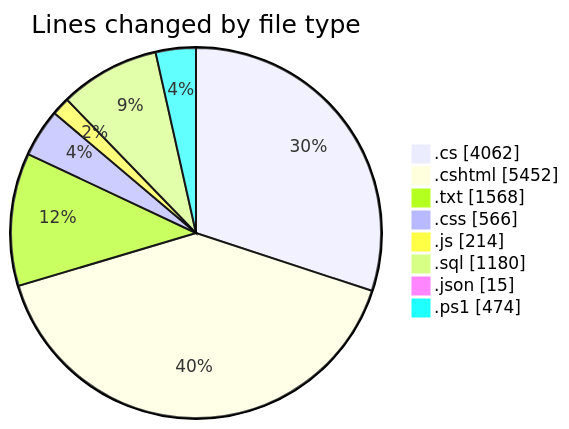
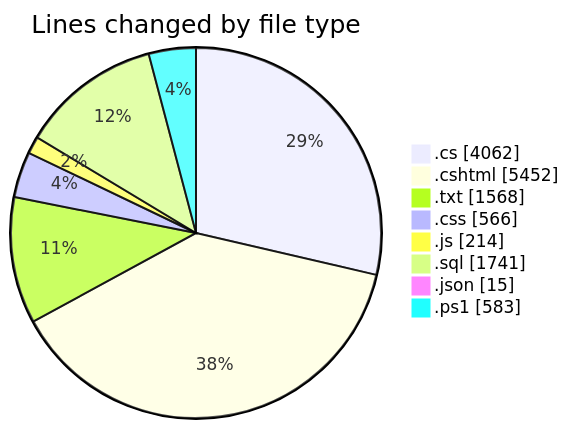
One commit to lephambinh05/code-tracking changed the first of 2 diagrams in 2025-07-28/quanlyrapchieuphim-1/README.md. Above: the diagram before and after it, drawn with Mermaid. The commit also changed other lines of this file and 1 other file, not shown here.

````diff
--- a/2025-07-28/quanlyrapchieuphim-1/README.md
+++ b/2025-07-28/quanlyrapchieuphim-1/README.md
@@ -60,12 +64,12 @@
 ```mermaid
 pie showData
 title Lines changed by file type
 ".cs" : 4062
 ".cshtml" : 5452
 ".txt" : 1568
 ".css" : 566
 ".js" : 214
-".sql" : 1180
+".sql" : 1741
 ".json" : 15
-".ps1" : 474
+".ps1" : 583
 ```
````
